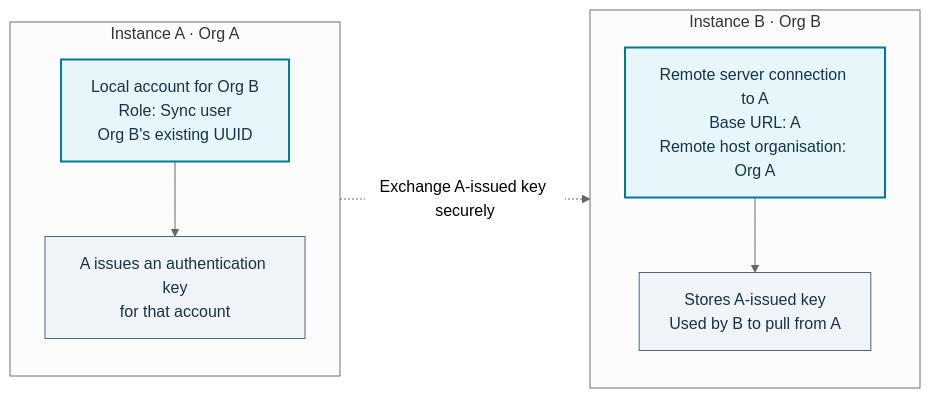
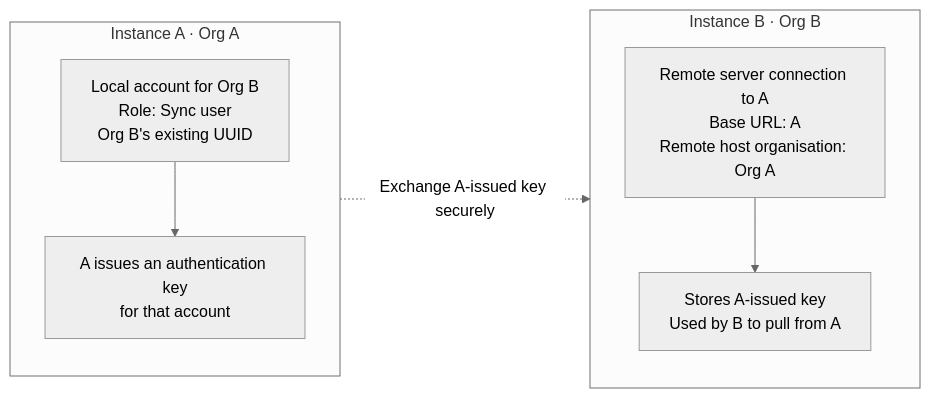
Before and after one commit to MISP/misp-book: the diagram in sharing/figures/sync-identity.mmd, drawn with Mermaid (neutral theme). The commit also changed 43 other files, not shown here.

Commit message:
Apply a shared MISP theme and logo to all book diagrams

```diff
--- a/sharing/figures/sync-identity.mmd
+++ b/sharing/figures/sync-identity.mmd
@@ -1,20 +1,18 @@
 flowchart LR
   accTitle: Credentials for B to pull events from A
   accDescr: A hosts the account that B uses to authenticate. The account belongs to Org B, identified by the same organisation UUID on both instances. B stores A's base URL, A's host organisation identity and the key issued by A. B sends a request to A and receives the events that this account is allowed to read.
   subgraph A["Instance A · Org A"]
     direction TB
     account["Local account for Org B<br/>Role: Sync user<br/>Org B's existing UUID"]
     key["A issues an authentication key<br/>for that account"]
     account --> key
   end
   subgraph B["Instance B · Org B"]
     direction TB
     connection["Remote server connection to A<br/>Base URL: A<br/>Remote host organisation: Org A"]
     stored["Stores A-issued key<br/>Used by B to pull from A"]
     connection --> stored
   end
   A -. "Exchange A-issued key securely" .-> B
-  classDef identity fill:#e7f6fa,stroke:#007b96,color:#153448,stroke-width:2px;
-  classDef credential fill:#f0f3f7,stroke:#516479,color:#153448;
-  class account,connection identity;
-  class key,stored credential;
+  class account,connection accent;
+  class key,stored muted;
```
